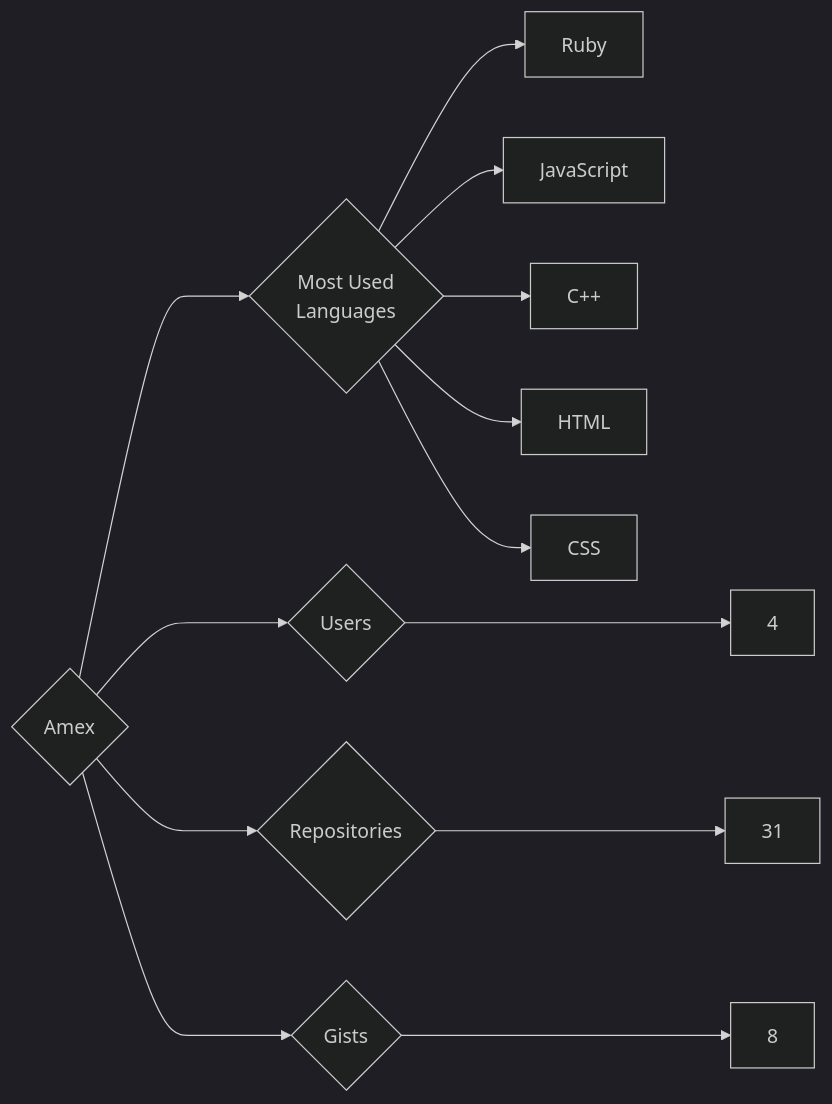
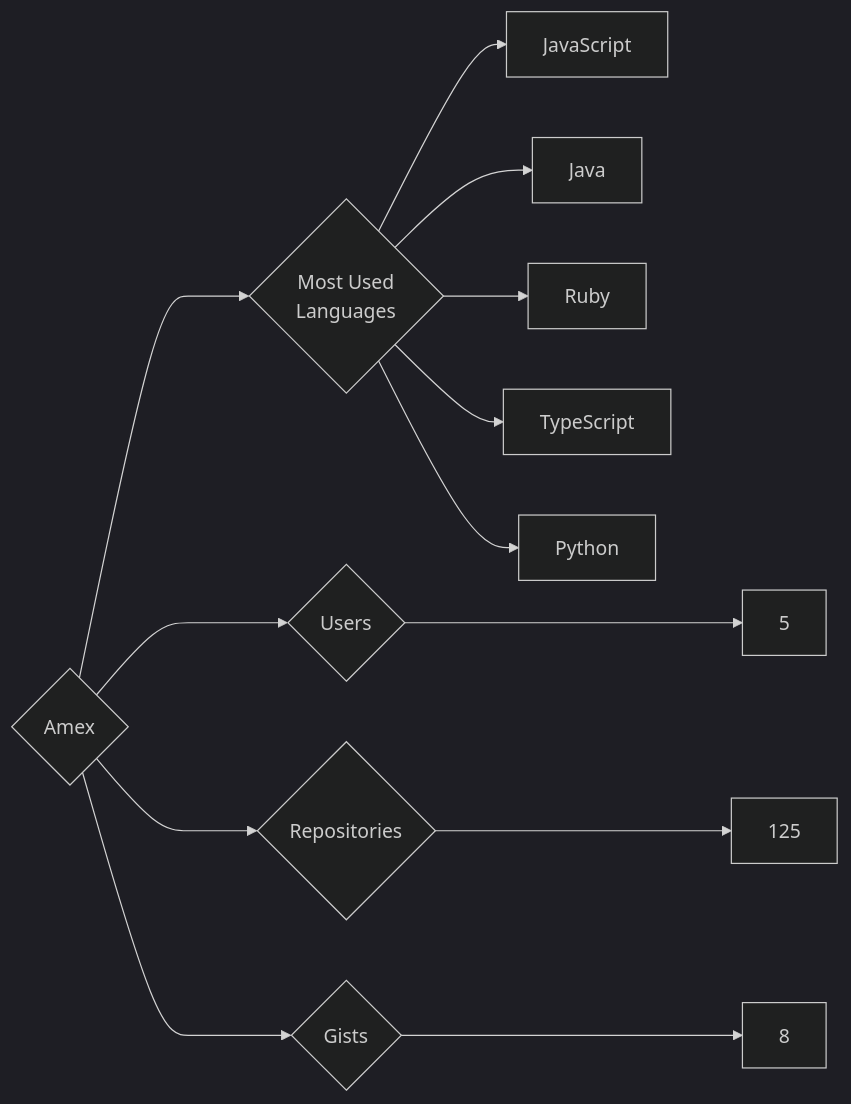
Before and after one commit to trickest/insiders: the diagram in targets/Amex/README.md, drawn with Mermaid (dark theme). The commit also changed 699 other files, not shown here.

````diff
--- a/targets/Amex/README.md
+++ b/targets/Amex/README.md
@@ -3,13 +3,13 @@
 ```mermaid
 graph LR
 COMPANY_NAME{Amex}
-COMPANY_NAME ---> U{Users} ---> UN[4]
-COMPANY_NAME ---> R{Repositories} ---> RN[31]
+COMPANY_NAME ---> U{Users} ---> UN[5]
+COMPANY_NAME ---> R{Repositories} ---> RN[125]
 COMPANY_NAME ---> G{Gists} ---> GN[8]
 COMPANY_NAME ---> ML{Most Used<br>Languages}
+ML --> JavaScript[JavaScript]
+ML --> Java[Java]
 ML --> Ruby[Ruby]
-ML --> JavaScript[JavaScript]
-ML --> C++[C++]
-ML --> HTML[HTML]
-ML --> CSS[CSS]
+ML --> TypeScript[TypeScript]
+ML --> Python[Python]
 ```
````
